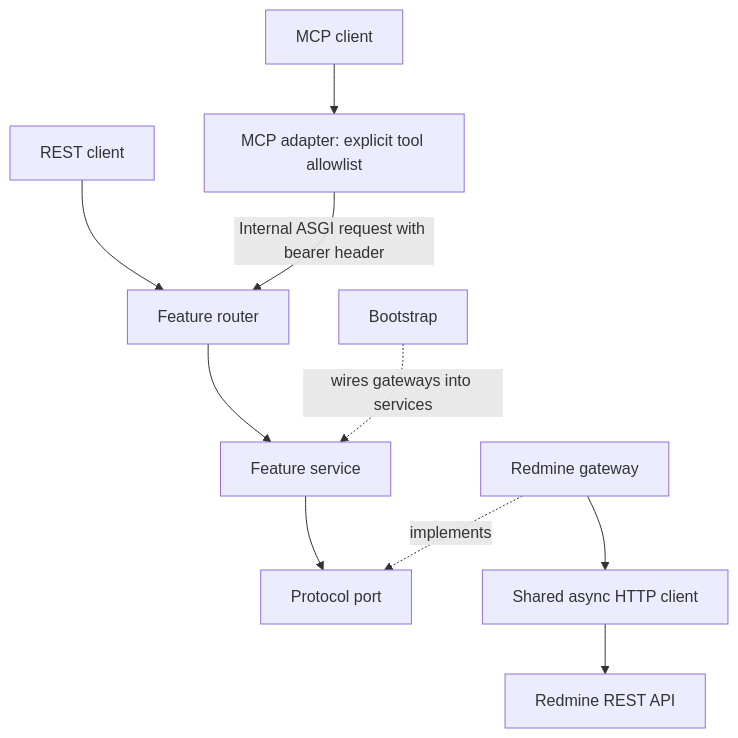
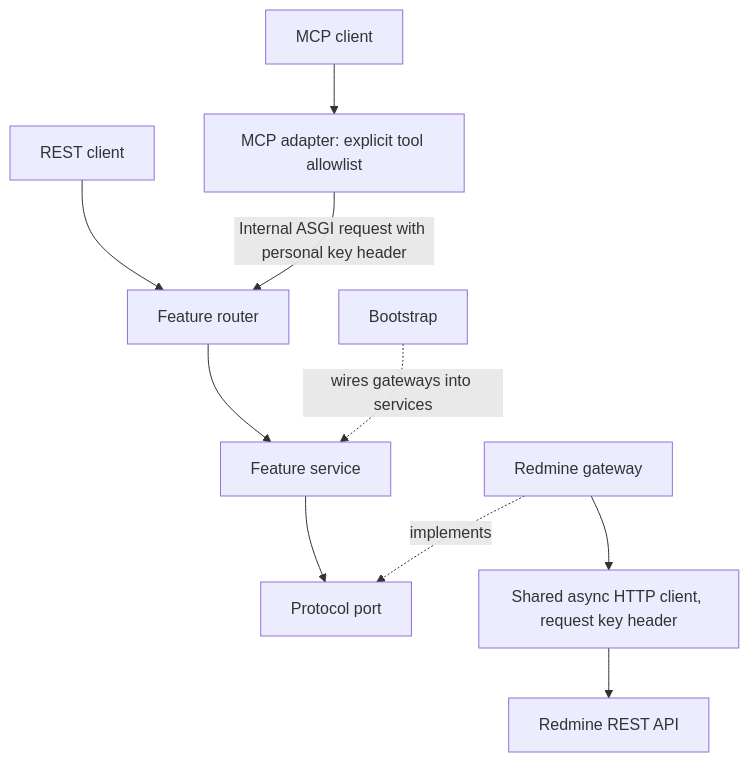
The diagram in docs/architecture.md (Ng2Thang/redmine-mcp), drawn with Mermaid before and after one commit. The commit also changed other lines of this file and 90 other files, not shown here.

````diff
--- a/docs/architecture.md
+++ b/docs/architecture.md
@@ -3,12 +3,12 @@
 ```mermaid
 flowchart TD
     Client[REST client] --> Router[Feature router]
     MCPClient[MCP client] --> MCP[MCP adapter: explicit tool allowlist]
-    MCP -->|Internal ASGI request with bearer header| Router
+    MCP -->|Internal ASGI request with personal key header| Router
     Router --> Service[Feature service]
     Service --> Port[Protocol port]
     Gateway[Redmine gateway] -. implements .-> Port
-    Gateway --> HTTP[Shared async HTTP client]
+    Gateway --> HTTP[Shared async HTTP client, request key header]
     HTTP --> Redmine[Redmine REST API]
     Bootstrap[Bootstrap] -. wires gateways into services .-> Service
 ```
````
